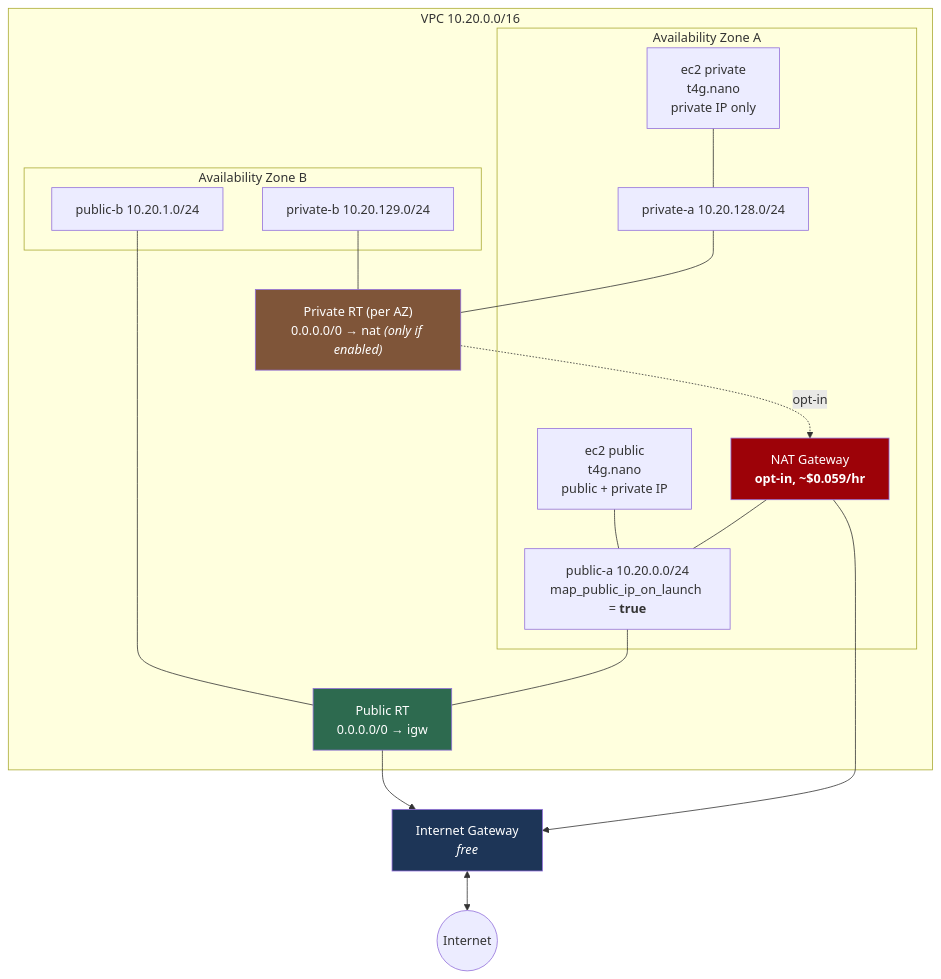
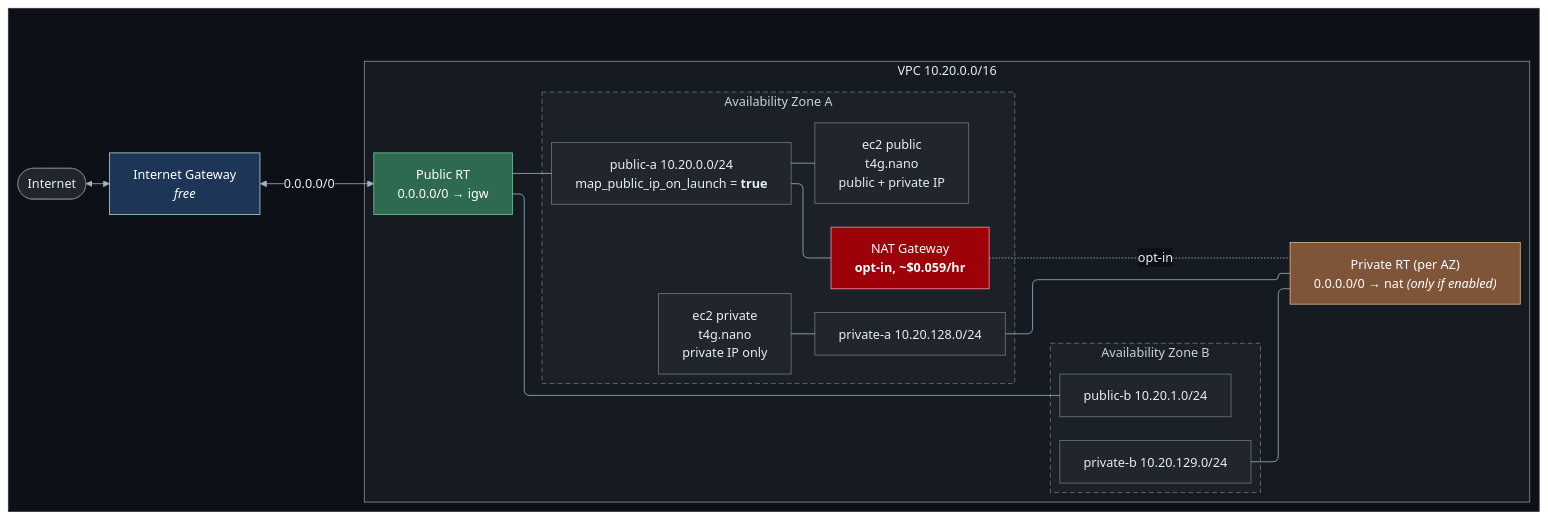
Before and after one commit to HuyNguyen260398/aws-network-architecture: the diagram in labs/02-public-private-subnets/README.md, drawn with Mermaid. The commit also changed 13 other files, not shown here.

First line of the commit message:
docs(diagrams): restyle all Mermaid diagrams for dark mode and orthogonal lines

````diff
--- a/labs/02-public-private-subnets/README.md
+++ b/labs/02-public-private-subnets/README.md
@@ -34,39 +34,69 @@
 ```mermaid
-graph TB
-    INET(("Internet"))
-    IGW["Internet Gateway<br/><i>free</i>"]
+---
+config:
+  layout: elk
+  theme: base
+  themeVariables:
+    lineColor: "#9fb3c8"
+    textColor: "#e6edf3"
+    primaryColor: "#21262d"
+    primaryTextColor: "#e6edf3"
+    primaryBorderColor: "#6e7681"
+    edgeLabelBackground: "#0d1117"
+    clusterBkg: "#161b22"
+    clusterBorder: "#6e7681"
+    titleColor: "#e6edf3"
+  flowchart:
+    curve: rounded
+    wrappingWidth: 420
+---
+flowchart LR
+    subgraph CANVAS[" "]
+        INET(["Internet"])
+        IGW["Internet Gateway<br/><i>free</i>"]
 
-    subgraph VPC["VPC 10.20.0.0/16"]
-        subgraph AZA["Availability Zone A"]
-            PUBA["public-a 10.20.0.0/24<br/>map_public_ip_on_launch = <b>true</b>"]
-            EC2PUB["ec2 public<br/>t4g.nano<br/>public + private IP"]
-            NAT["NAT Gateway<br/><b>opt-in, ~$0.059/hr</b>"]
-            PRIA["private-a 10.20.128.0/24"]
-            EC2PRI["ec2 private<br/>t4g.nano<br/>private IP only"]
+        subgraph VPC["VPC 10.20.0.0/16"]
+            subgraph AZA["Availability Zone A"]
+                PUBA["public-a 10.20.0.0/24<br/>map_public_ip_on_launch = <b>true</b>"]
+                EC2PUB["ec2 public<br/>t4g.nano<br/>public + private IP"]
+                NAT["NAT Gateway<br/><b>opt-in, ~$0.059/hr</b>"]
+                PRIA["private-a 10.20.128.0/24"]
+                EC2PRI["ec2 private<br/>t4g.nano<br/>private IP only"]
+            end
+            subgraph AZB["Availability Zone B"]
+                PUBB["public-b 10.20.1.0/24"]
+                PRIB["private-b 10.20.129.0/24"]
+            end
+
+            RTPUB["Public RT<br/>0.0.0.0/0 → igw"]
+            RTPRI["Private RT (per AZ)<br/>0.0.0.0/0 → nat <i>(only if enabled)</i>"]
         end
-        subgraph AZB["Availability Zone B"]
-            PUBB["public-b 10.20.1.0/24"]
-            PRIB["private-b 10.20.129.0/24"]
-        end
-
-        RTPUB["Public RT<br/>0.0.0.0/0 → igw"]
-        RTPRI["Private RT (per AZ)<br/>0.0.0.0/0 → nat <i>(only if enabled)</i>"]
     end
 
-    EC2PUB --- PUBA
+    INET <--> IGW
+    IGW <-->|"0.0.0.0/0"| RTPUB
+    RTPUB --- PUBA
+    RTPUB --- PUBB
+    PUBA --- EC2PUB
+    PUBA --- NAT
     EC2PRI --- PRIA
-    NAT --- PUBA
-    PUBA --- RTPUB
-    PUBB --- RTPUB
     PRIA --- RTPRI
     PRIB --- RTPRI
-    RTPUB --> IGW
-    RTPRI -.->|opt-in| NAT
-    NAT --> IGW
-    IGW <--> INET
+    NAT -.-|"opt-in"| RTPRI
 
-    style NAT fill:#9d0208,color:#fff
-    style RTPUB fill:#2d6a4f,color:#fff
-    style RTPRI fill:#7f5539,color:#fff
-    style IGW fill:#1d3557,color:#fff
+    classDef canvas fill:#0d1117,stroke:#30363d,color:#e6edf3
+    classDef vpc fill:#161b22,stroke:#8b949e,color:#e6edf3
+    classDef az fill:#1c2128,stroke:#6e7681,color:#c9d1d9,stroke-dasharray:6 4
+    classDef free fill:#2d6a4f,stroke:#74c69d,color:#fff
+    classDef private fill:#7f5539,stroke:#ddb892,color:#fff
+    classDef gateway fill:#1d3557,stroke:#a8dadc,color:#fff
+    classDef billed fill:#9d0208,stroke:#ff8fa3,color:#fff
+
+    class CANVAS canvas
+    class VPC vpc
+    class AZA,AZB az
+    class RTPUB free
+    class RTPRI private
+    class IGW gateway
+    class NAT billed
 ```
````
